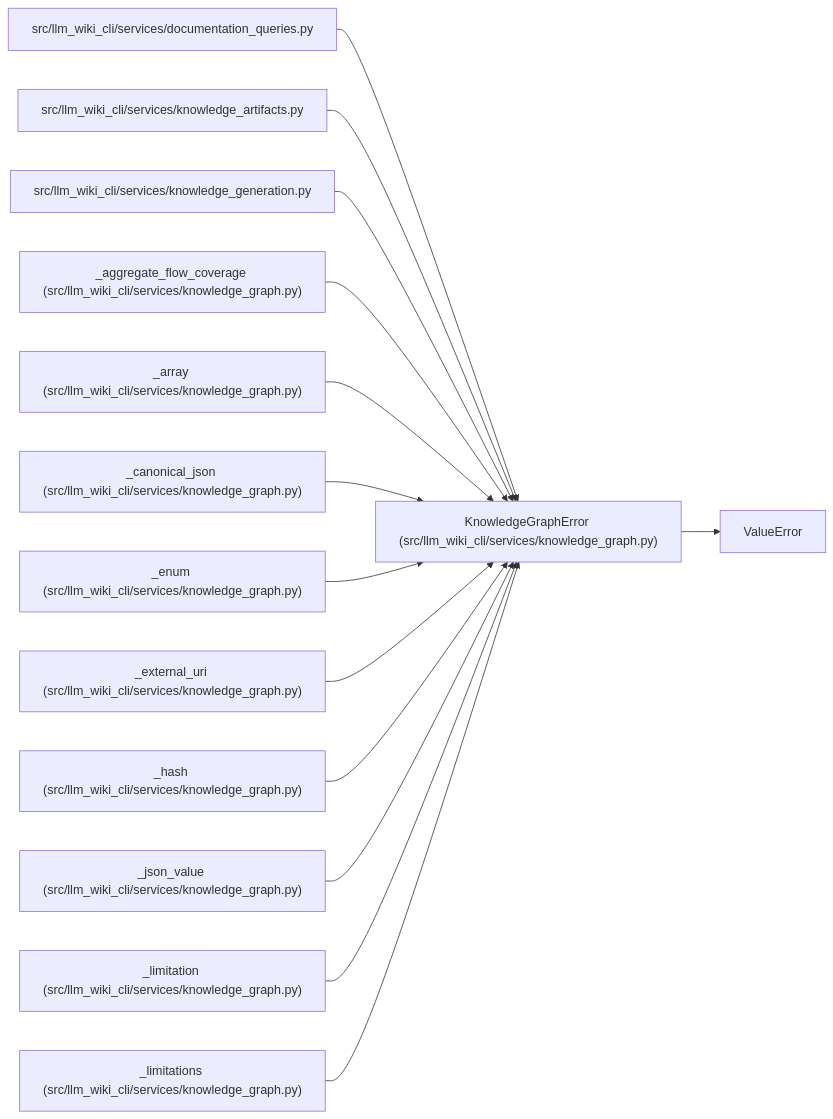
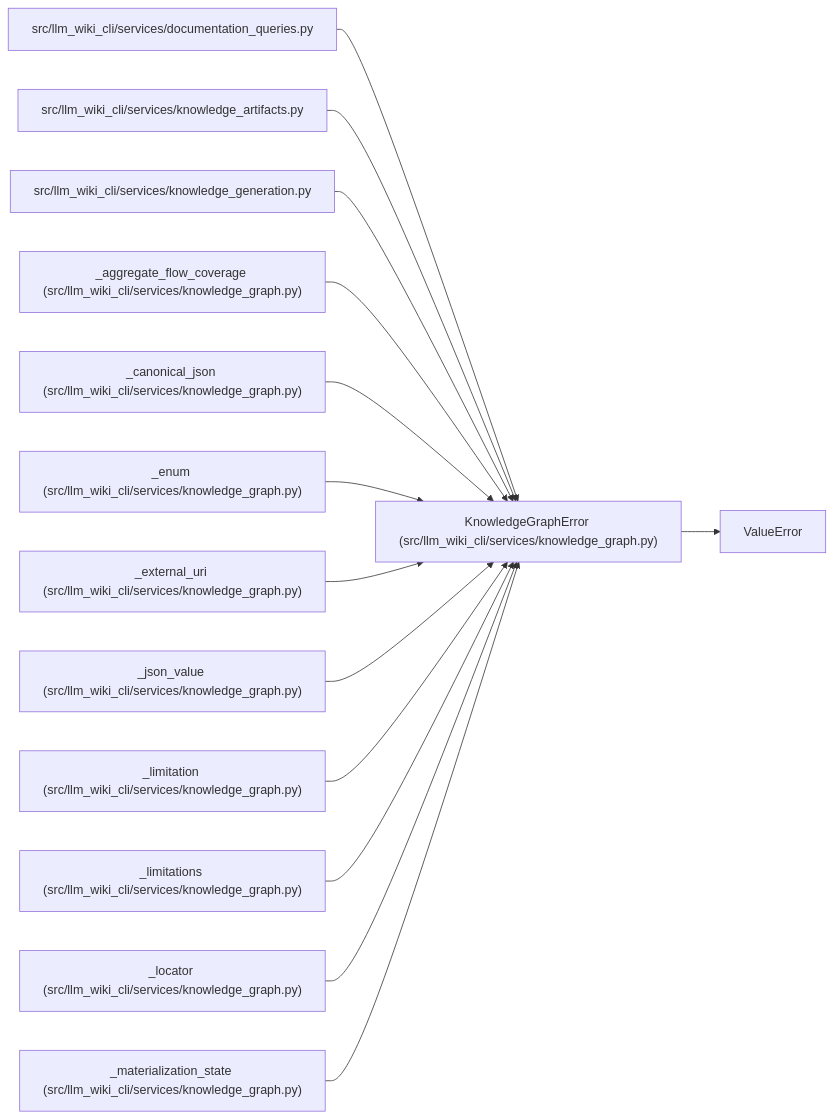
Before and after one commit to Denissvgn/python-wiki-llm: the diagram in docs/llm_wiki/entities/KnowledgeGraphError.md, drawn with Mermaid. The commit also changed other lines of this file and 627 other files, not shown here.

````diff
--- a/docs/llm_wiki/entities/KnowledgeGraphError.md
+++ b/docs/llm_wiki/entities/KnowledgeGraphError.md
@@ -25,43 +25,43 @@
 ```mermaid
 flowchart LR
     n0["KnowledgeGraphError (src/llm_wiki_cli/services/knowledge_graph.py)"]
     n1["ValueError"]
     n2["src/llm_wiki_cli/services/documentation_queries.py"]
     n3["src/llm_wiki_cli/services/knowledge_artifacts.py"]
     n4["src/llm_wiki_cli/services/knowledge_generation.py"]
     n5["_aggregate_flow_coverage (src/llm_wiki_cli/services/knowledge_graph.py)"]
-    n6["_array (src/llm_wiki_cli/services/knowledge_graph.py)"]
-    n7["_canonical_json (src/llm_wiki_cli/services/knowledge_graph.py)"]
-    n8["_enum (src/llm_wiki_cli/services/knowledge_graph.py)"]
-    n9["_external_uri (src/llm_wiki_cli/services/knowledge_graph.py)"]
-    n10["_hash (src/llm_wiki_cli/services/knowledge_graph.py)"]
-    n11["_json_value (src/llm_wiki_cli/services/knowledge_graph.py)"]
-    n12["_limitation (src/llm_wiki_cli/services/knowledge_graph.py)"]
-    n13["_limitations (src/llm_wiki_cli/services/knowledge_graph.py)"]
+    n6["_canonical_json (src/llm_wiki_cli/services/knowledge_graph.py)"]
+    n7["_enum (src/llm_wiki_cli/services/knowledge_graph.py)"]
+    n8["_external_uri (src/llm_wiki_cli/services/knowledge_graph.py)"]
+    n9["_json_value (src/llm_wiki_cli/services/knowledge_graph.py)"]
+    n10["_limitation (src/llm_wiki_cli/services/knowledge_graph.py)"]
+    n11["_limitations (src/llm_wiki_cli/services/knowledge_graph.py)"]
+    n12["_locator (src/llm_wiki_cli/services/knowledge_graph.py)"]
+    n13["_materialization_state (src/llm_wiki_cli/services/knowledge_graph.py)"]
     n0 --> n1
     n2 --> n0
     n3 --> n0
     n4 --> n0
     n5 --> n0
     n6 --> n0
     n7 --> n0
     n8 --> n0
     n9 --> n0
     n10 --> n0
     n11 --> n0
     n12 --> n0
     n13 --> n0
     click n0 "../modules/knowledge_graph.md"
     click n2 "../modules/documentation_queries.md"
     click n3 "../modules/knowledge_artifacts.md"
     click n4 "../modules/knowledge_generation.md"
     click n5 "../modules/knowledge_graph.md"
     click n6 "../modules/knowledge_graph.md"
     click n7 "../modules/knowledge_graph.md"
     click n8 "../modules/knowledge_graph.md"
     click n9 "../modules/knowledge_graph.md"
     click n10 "../modules/knowledge_graph.md"
     click n11 "../modules/knowledge_graph.md"
     click n12 "../modules/knowledge_graph.md"
     click n13 "../modules/knowledge_graph.md"
 ```
````
